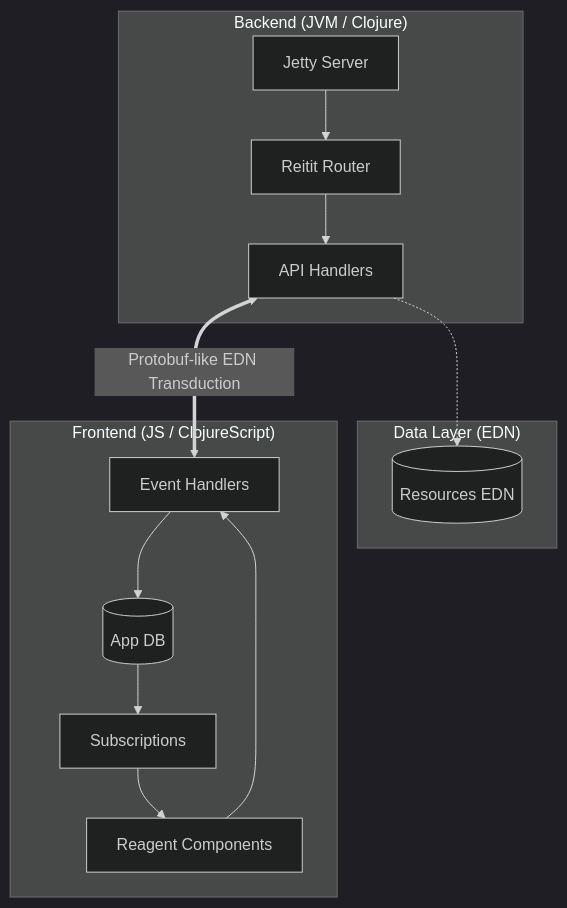
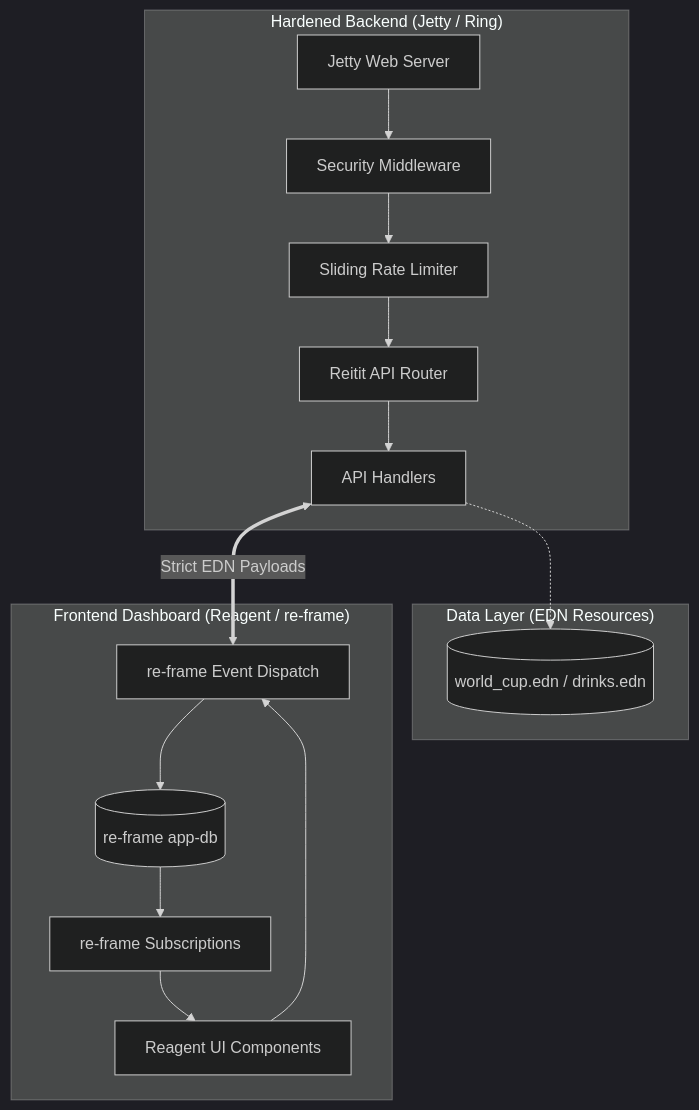
One commit to dennisgathu8/hodari-gardens changed the diagram in README.md. Above: the diagram before and after it, drawn with Mermaid (dark theme). The commit also changed other lines of this file, not shown here.

````diff
--- a/README.md
+++ b/README.md
@@ -39,29 +34,34 @@
 ```mermaid
 graph TD
-    subgraph "Data Layer (EDN)"
-        D[(Resources EDN)]
+    subgraph "Data Layer (EDN Resources)"
+        D[(world_cup.edn / drinks.edn)]
     end
 
-    subgraph "Backend (JVM / Clojure)"
-        S[Jetty Server]
-        R[Reitit Router]
+    subgraph "Hardened Backend (Jetty / Ring)"
+        S[Jetty Web Server]
+        MW[Security Middleware]
+        RL[Sliding Rate Limiter]
+        R[Reitit API Router]
         A[API Handlers]
-        S --> R
+        
+        S --> MW
+        MW --> RL
+        RL --> R
         R --> A
         A -.-> D
     end
 
-    subgraph "Frontend (JS / ClojureScript)"
-        V[Reagent Components]
-        SUB[Subscriptions]
-        E[Event Handlers]
-        DB[(App DB)]
+    subgraph "Frontend Dashboard (Reagent / re-frame)"
+        V[Reagent UI Components]
+        SUB[re-frame Subscriptions]
+        E[re-frame Event Dispatch]
+        DB[(re-frame app-db)]
         
         V --> E
         E --> DB
         DB --> SUB
         SUB --> V
     end
 
-    A <== "Protobuf-like EDN Transduction" ==> E
+    A <== "Strict EDN Payloads" ==> E
 ```
````
